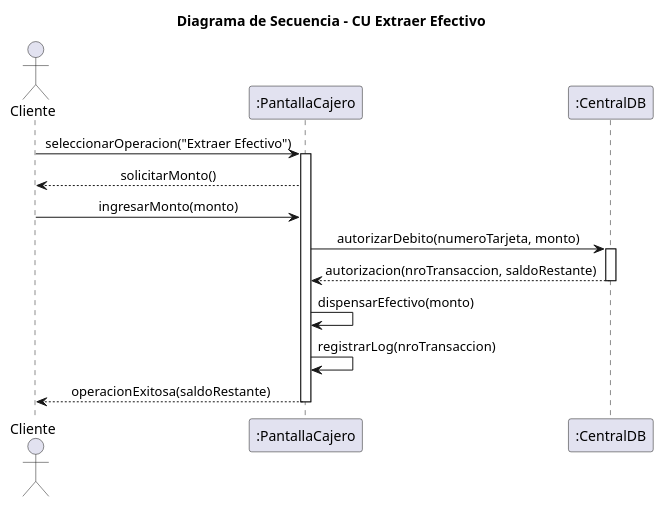
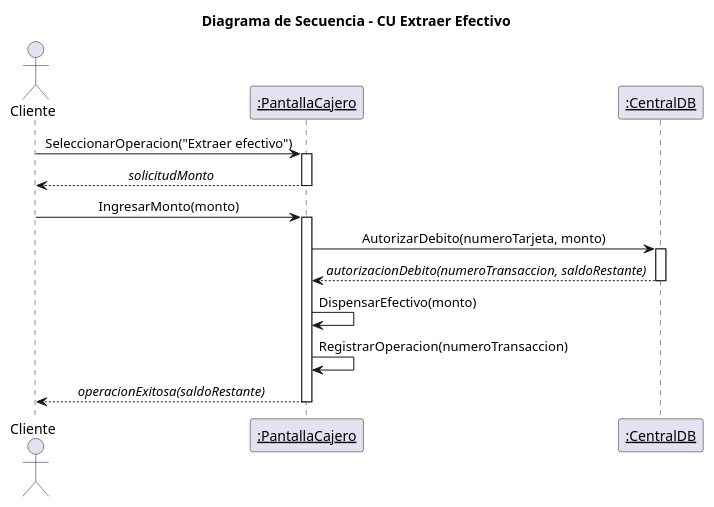
One commit to 4l3j0Ok/institute-third-year changed the diagram in diseno-e-implementacion-de-sistemas/diagrams/06_secuencia_extraccion.puml. Above: the diagram before and after it, drawn with PlantUML. The commit also changed 86 other files, not shown here.

```diff
--- a/diseno-e-implementacion-de-sistemas/diagrams/06_secuencia_extraccion.puml
+++ b/diseno-e-implementacion-de-sistemas/diagrams/06_secuencia_extraccion.puml
@@ -1,22 +1,25 @@
 @startuml 06_secuencia_extraccion
 title Diagrama de Secuencia - CU Extraer Efectivo
 skinparam shadowing false
 skinparam sequenceMessageAlign center
 
 actor Cliente
-participant ":PantallaCajero" as PC
-participant ":CentralDB" as CDB
+participant "<u>:PantallaCajero</u>" as PC
+participant "<u>:CentralDB</u>" as CDB
 
-Cliente -> PC : seleccionarOperacion("Extraer Efectivo")
+Cliente -> PC : SeleccionarOperacion("Extraer efectivo")
 activate PC
-PC --> Cliente : solicitarMonto()
-Cliente -> PC : ingresarMonto(monto)
-PC -> CDB : autorizarDebito(numeroTarjeta, monto)
+PC --> Cliente : //solicitudMonto//
+deactivate PC
+
+Cliente -> PC : IngresarMonto(monto)
+activate PC
+PC -> CDB : AutorizarDebito(numeroTarjeta, monto)
 activate CDB
-CDB --> PC : autorizacion(nroTransaccion, saldoRestante)
+CDB --> PC : //autorizacionDebito(numeroTransaccion, saldoRestante)//
 deactivate CDB
-PC -> PC : dispensarEfectivo(monto)
-PC -> PC : registrarLog(nroTransaccion)
-PC --> Cliente : operacionExitosa(saldoRestante)
+PC -> PC : DispensarEfectivo(monto)
+PC -> PC : RegistrarOperacion(numeroTransaccion)
+PC --> Cliente : //operacionExitosa(saldoRestante)//
 deactivate PC
 @enduml
```
